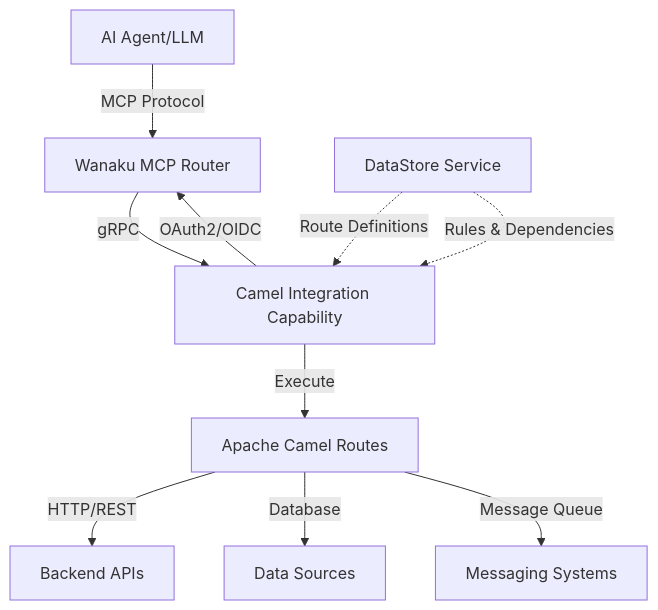
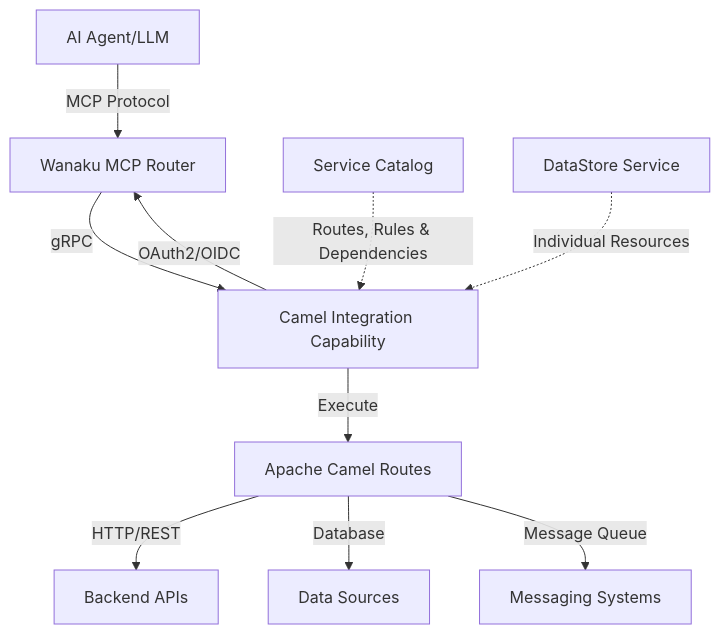
The diagram in README.md (wanaku-ai/camel-integration-capability), drawn with Mermaid before and after one commit. The commit also changed other lines of this file and 4 other files, not shown here.

First line of the commit message:
feat: add --service-catalog option for loading routes from service catalogs

````diff
--- a/README.md
+++ b/README.md
@@ -40,13 +40,13 @@
 ```mermaid
 graph TB
     A[AI Agent/LLM] -->|MCP Protocol| B[Wanaku MCP Router]
     B -->|gRPC| C[Camel Integration Capability]
     C -->|OAuth2/OIDC| B
     C -->|Execute| E[Apache Camel Routes]
     E -->|HTTP/REST| F[Backend APIs]
     E -->|Database| G[Data Sources]
     E -->|Message Queue| H[Messaging Systems]
 
-    I[DataStore Service] -.->|Route Definitions| C
-    I -.->|Rules & Dependencies| C
+    I[Service Catalog] -.->|Routes, Rules & Dependencies| C
+    J[DataStore Service] -.->|Individual Resources| C
 ```
````
